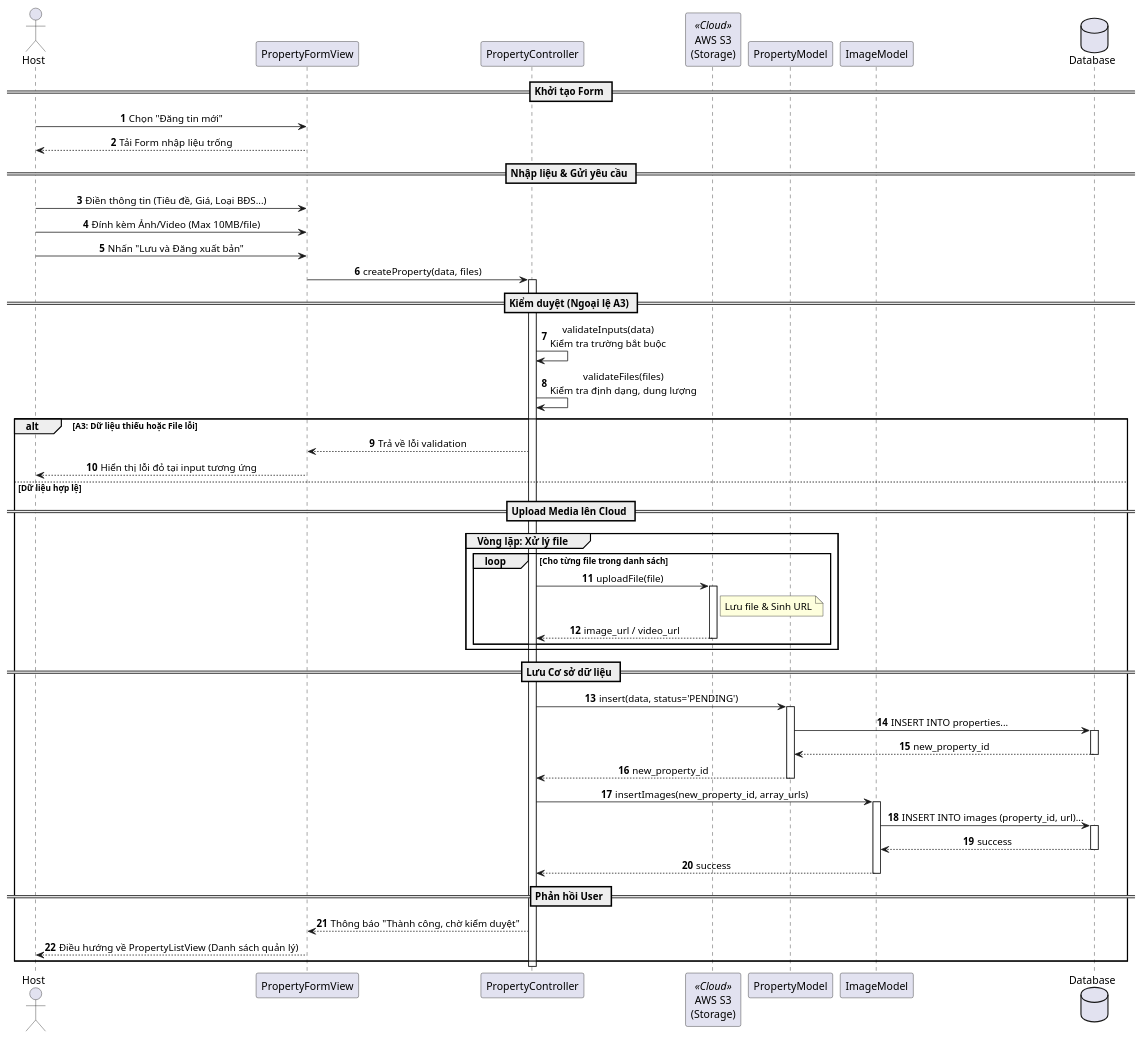
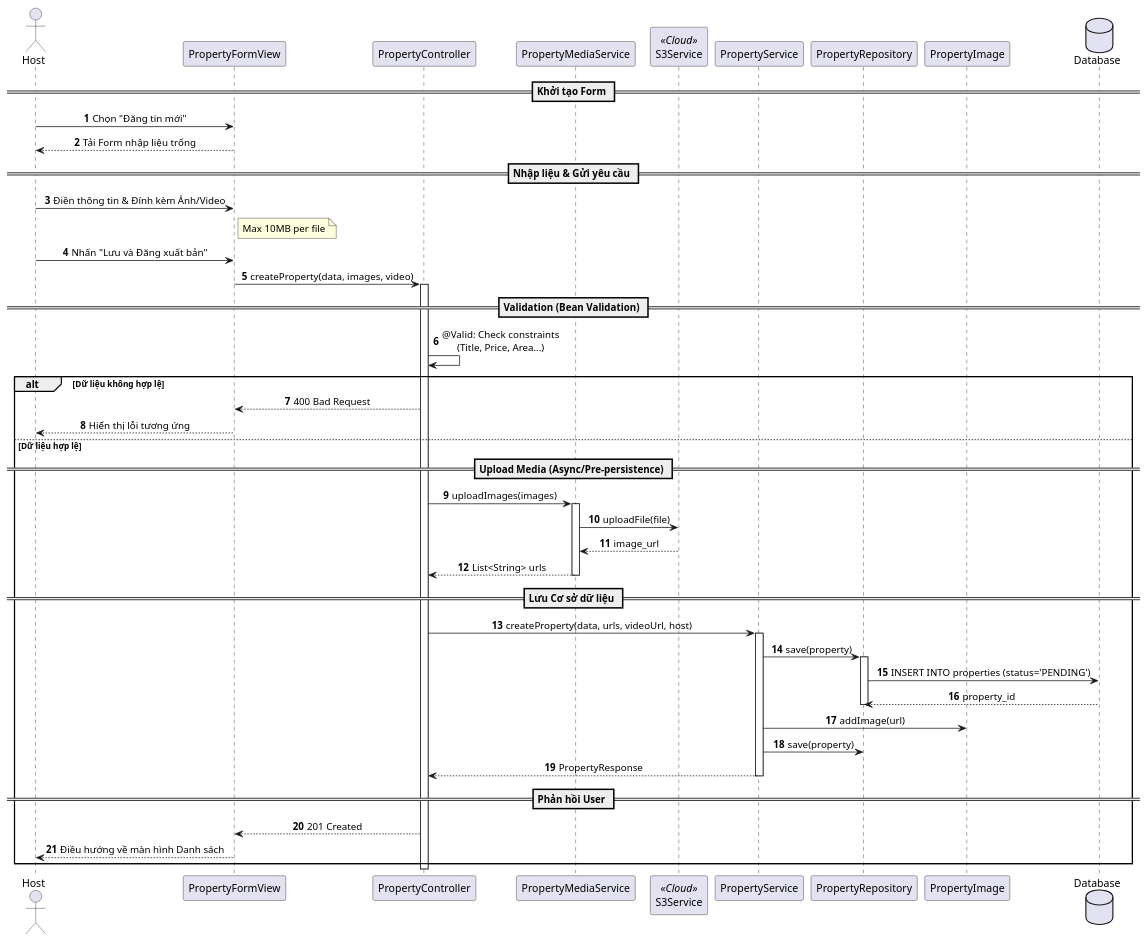
Before and after one commit to chishiya2309/LeaseLink-Backend: the diagram in src/main/java/vn/hcmute/edu/lequanghung_nguyenthaibao/backend/uml/UC02/SequenceDiagramUC2.puml, drawn with PlantUML. The commit also changed 8 other files, not shown here.

```diff
--- a/src/main/java/vn/hcmute/edu/lequanghung_nguyenthaibao/backend/uml/UC02/SequenceDiagramUC2.puml
+++ b/src/main/java/vn/hcmute/edu/lequanghung_nguyenthaibao/backend/uml/UC02/SequenceDiagramUC2.puml
@@ -1,70 +1,63 @@
 @startuml
 autonumber
 skinparam SequenceMessageAlign center
 
 actor "Host" as User
 participant "PropertyFormView" as View
 participant "PropertyController" as Ctrl
-participant "AWS S3\n(Storage)" as S3 <<Cloud>>
-participant "PropertyModel" as PModel
-participant "ImageModel" as IModel
+participant "PropertyMediaService" as MediaService
+participant "S3Service" as S3 <<Cloud>>
+participant "PropertyService" as Service
+participant "PropertyRepository" as Repo
+participant "PropertyImage" as Entity
 database "Database" as DB
 
 == Khởi tạo Form ==
 User -> View: Chọn "Đăng tin mới"
 View --> User: Tải Form nhập liệu trống
 
 == Nhập liệu & Gửi yêu cầu ==
-User -> View: Điền thông tin (Tiêu đề, Giá, Loại BĐS...)
-User -> View: Đính kèm Ảnh/Video (Max 10MB/file)
+User -> View: Điền thông tin & Đính kèm Ảnh/Video
+note right of View: Max 10MB per file
 User -> View: Nhấn "Lưu và Đăng xuất bản"
 
-View -> Ctrl: createProperty(data, files)
+View -> Ctrl: createProperty(data, images, video)
 activate Ctrl
 
-== Kiểm duyệt (Ngoại lệ A3) ==
-Ctrl -> Ctrl: validateInputs(data)\nKiểm tra trường bắt buộc
-Ctrl -> Ctrl: validateFiles(files)\nKiểm tra định dạng, dung lượng
+== Validation (Bean Validation) ==
+Ctrl -> Ctrl: @Valid: Check constraints\n(Title, Price, Area...)
 
-alt A3: Dữ liệu thiếu hoặc File lỗi
-    Ctrl --> View: Trả về lỗi validation
-    View --> User: Hiển thị lỗi đỏ tại input tương ứng
+alt Dữ liệu không hợp lệ
+    Ctrl --> View: 400 Bad Request
+    View --> User: Hiển thị lỗi tương ứng
 else Dữ liệu hợp lệ
 
-    == Upload Media lên Cloud ==
-    group Vòng lặp: Xử lý file
-        loop Cho từng file trong danh sách
-            Ctrl -> S3: uploadFile(file)
-            activate S3
-            note right of S3: Lưu file & Sinh URL
-            S3 --> Ctrl: image_url / video_url
-            deactivate S3
-        end
-    end
+    == Upload Media (Async/Pre-persistence) ==
+    Ctrl -> MediaService: uploadImages(images)
+    activate MediaService
+    MediaService -> S3: uploadFile(file)
+    S3 --> MediaService: image_url
+    MediaService --> Ctrl: List<String> urls
+    deactivate MediaService
 
     == Lưu Cơ sở dữ liệu ==
-    Ctrl -> PModel: insert(data, status='PENDING')
-    activate PModel
-    PModel -> DB: INSERT INTO properties...
-    activate DB
-    DB --> PModel: new_property_id
-    deactivate DB
-    PModel --> Ctrl: new_property_id
-    deactivate PModel
+    Ctrl -> Service: createProperty(data, urls, videoUrl, host)
+    activate Service
+    Service -> Repo: save(property)
+    activate Repo
+    Repo -> DB: INSERT INTO properties (status='PENDING')
+    DB --> Repo: property_id
+    deactivate Repo
 
-    Ctrl -> IModel: insertImages(new_property_id, array_urls)
-    activate IModel
-    IModel -> DB: INSERT INTO images (property_id, url)...
-    activate DB
-    DB --> IModel: success
-    deactivate DB
-    IModel --> Ctrl: success
-    deactivate IModel
+    Service -> Entity: addImage(url)
+    Service -> Repo: save(property)
+    Service --> Ctrl: PropertyResponse
+    deactivate Service
 
     == Phản hồi User ==
-    Ctrl --> View: Thông báo "Thành công, chờ kiểm duyệt"
-    View --> User: Điều hướng về PropertyListView (Danh sách quản lý)
+    Ctrl --> View: 201 Created
+    View --> User: Điều hướng về màn hình Danh sách
 end
 
 deactivate Ctrl
 @enduml
```
